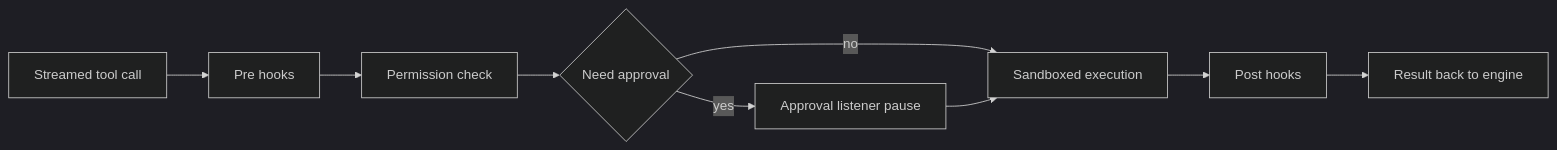
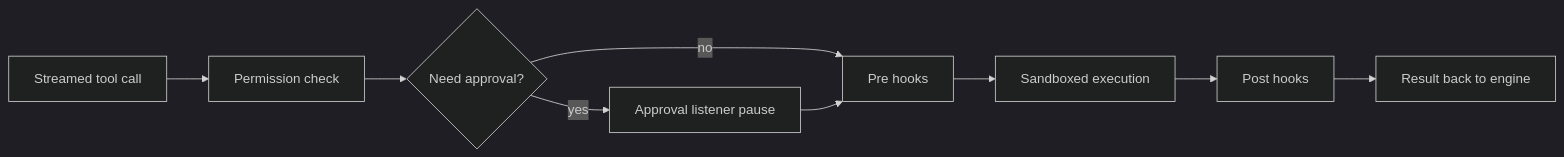
The diagram in content/en/docs/06-tools-permissions-and-sandboxing.md (joels-sandgarden/letta-docs), drawn with Mermaid (dark theme) before and after one commit. The commit also changed other lines of this file and 6 other files, not shown here.

````diff
--- a/content/en/docs/06-tools-permissions-and-sandboxing.md
+++ b/content/en/docs/06-tools-permissions-and-sandboxing.md
@@ -35,11 +35,11 @@
 ```mermaid
 flowchart LR
-  Stream[Streamed tool call] --> PreHooks[Pre hooks]
-  PreHooks --> Perm[Permission check]
-  Perm --> NeedApproval{Need approval}
+  Stream[Streamed tool call] --> Perm[Permission check]
+  Perm --> NeedApproval{Need approval?}
   NeedApproval -->|yes| Approval[Approval listener pause]
-  NeedApproval -->|no| Execute[Sandboxed execution]
-  Approval --> Execute
+  NeedApproval -->|no| PreHooks[Pre hooks]
+  Approval --> PreHooks
+  PreHooks --> Execute[Sandboxed execution]
   Execute --> PostHooks[Post hooks]
   PostHooks --> Engine[Result back to engine]
 ```
````
